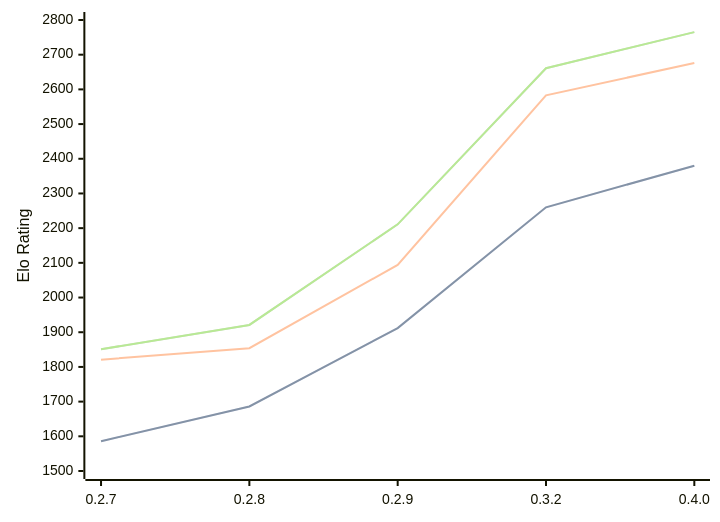
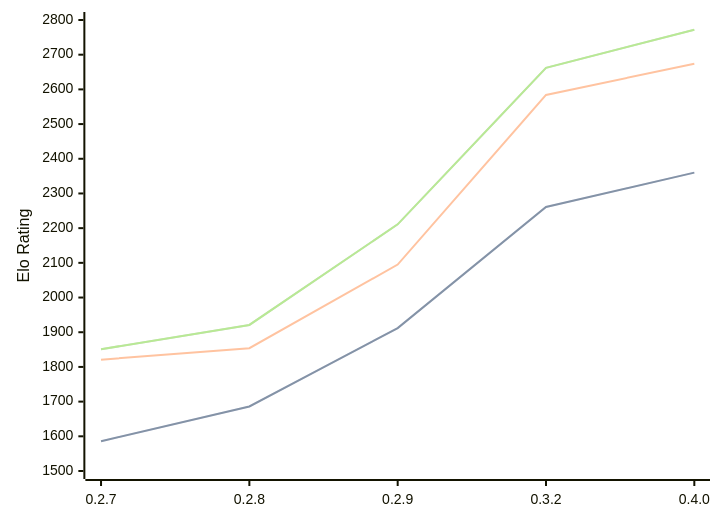
One commit to computer-chess-index/cci changed the diagram in engines/Dual.md. Above: the diagram before and after it, drawn with Mermaid. The commit also changed other lines of this file, not shown here.

Commit message:
Update CCI Ratings (ELO VLTC) - 2026-07-23

````diff
--- a/engines/Dual.md
+++ b/engines/Dual.md
@@ -45,11 +45,11 @@
 ```mermaid
 %%{init: {"theme":"base","themeVariables":{"seriesColors:['#a3a3a3','#222221','#faa371']}}}%%
 xychart-beta
   x-axis ["0.2.7", "0.2.8", "0.2.9", "0.3.2", "0.4.0"]
   y-axis "Elo Rating" 1500 --> 2800
-  line "STC (8.0+0.08s)" [1586, 1686, 1912, 2260, 2380]
-  line "STC (8.0+0.08s)" [1586, 1686, 1912, 2260, 2380]
-  line "LTC (60.0+0.60s)" [1821, 1854, 2094, 2583, 2676]
-  line "VLTC (2m24s+1.12s)" [1851, 1921, 2211, 2661, 2765]
-  line "VLTC (2m24s+1.12s)" [1851, 1921, 2211, 2661, 2765]
+  line "STC (8.0+0.08s)" [1586, 1686, 1912, 2261, 2360]
+  line "STC (8.0+0.08s)" [1586, 1686, 1912, 2261, 2360]
+  line "LTC (60.0+0.60s)" [1821, 1854, 2095, 2584, 2674]
+  line "VLTC (2m24s+1.12s)" [1851, 1921, 2211, 2662, 2772]
+  line "VLTC (2m24s+1.12s)" [1851, 1921, 2211, 2662, 2772]
 ```
````
